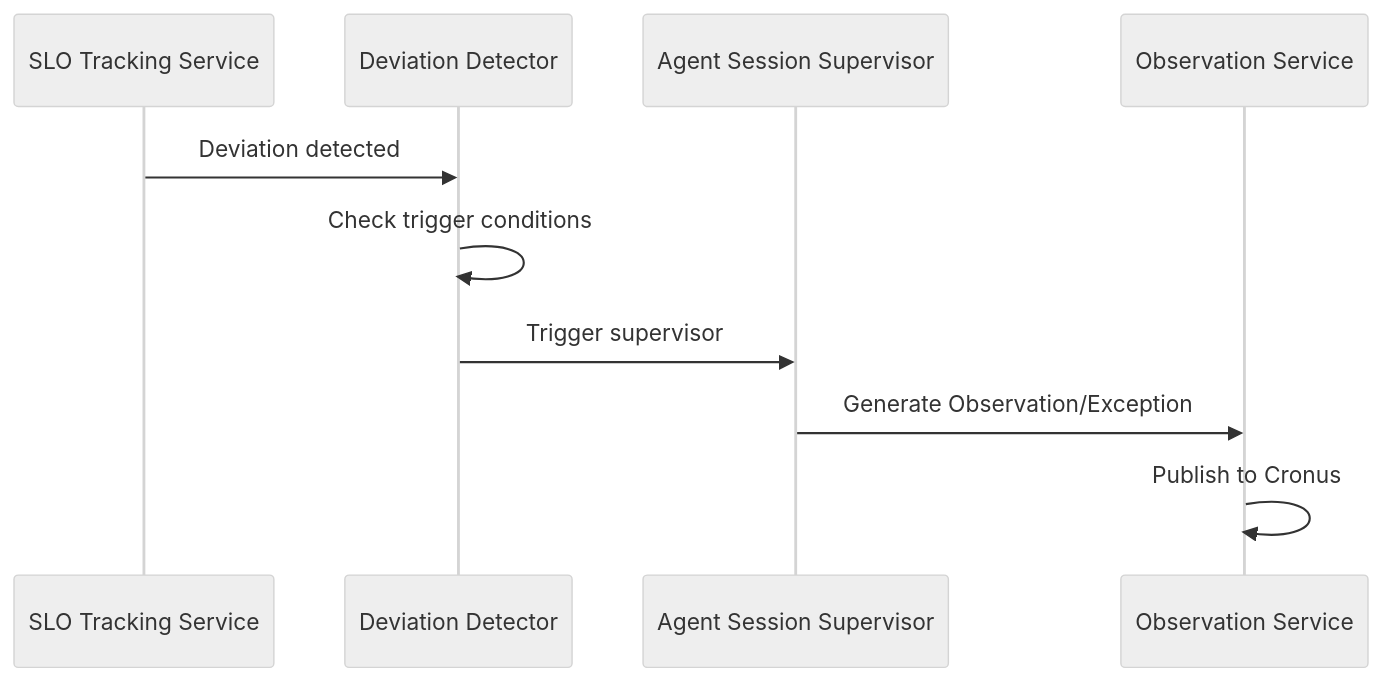
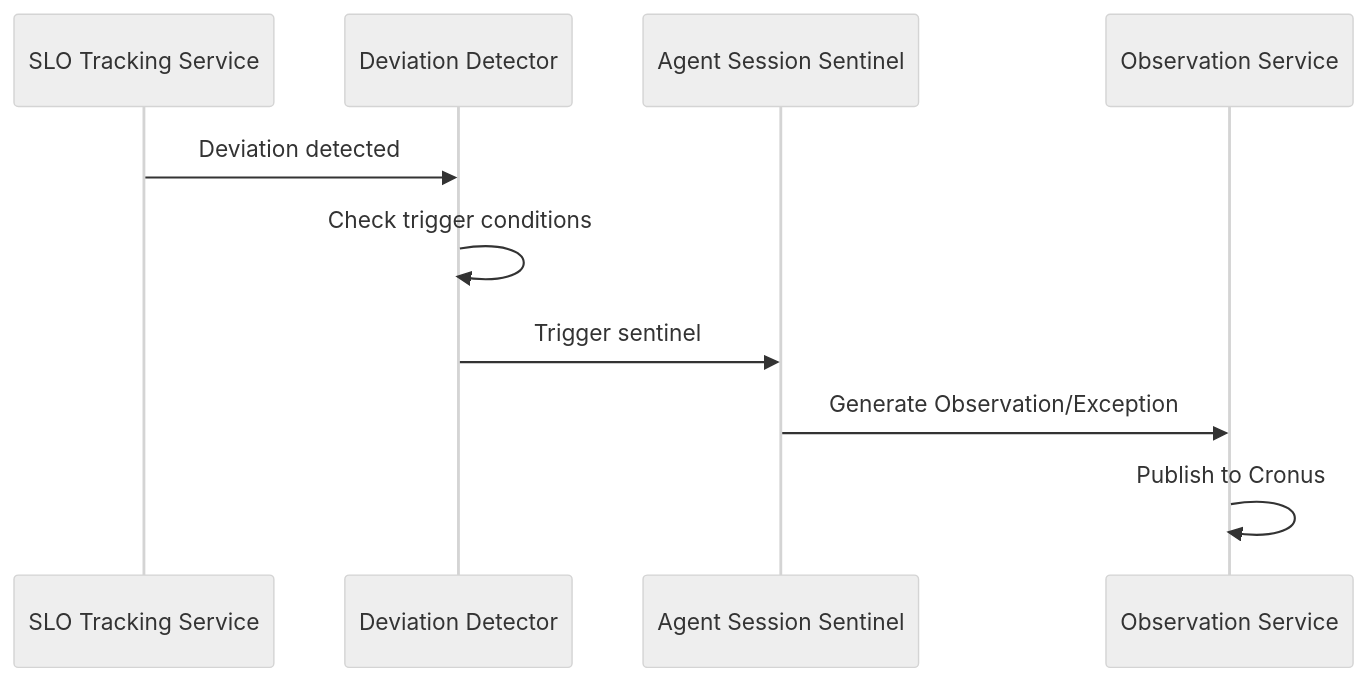
One commit to gramki/temp-website changed the fifth of 5 diagrams in olympus-seer-docs/seer-design/subsystems/agent-health-monitor/slo-tracking-service.md. Above: the diagram before and after it, drawn with Mermaid (neutral theme). The commit also changed other lines of this file and 54 other files, not shown here.

````diff
--- a/olympus-seer-docs/seer-design/subsystems/agent-health-monitor/slo-tracking-service.md
+++ b/olympus-seer-docs/seer-design/subsystems/agent-health-monitor/slo-tracking-service.md
@@ -162,13 +162,13 @@
 ```mermaid
 sequenceDiagram
     participant SLOT as SLO Tracking Service
     participant Detector as Deviation Detector
-    participant Supervisor as Agent Session Supervisor
+    participant Sentinel as Agent Session Sentinel
     participant OS as Observation Service
     
     SLOT->>Detector: Deviation detected
     Detector->>Detector: Check trigger conditions
-    Detector->>Supervisor: Trigger supervisor
-    Supervisor->>OS: Generate Observation/Exception
+    Detector->>Sentinel: Trigger sentinel
+    Sentinel->>OS: Generate Observation/Exception
     OS->>OS: Publish to Cronus
 ```
````
